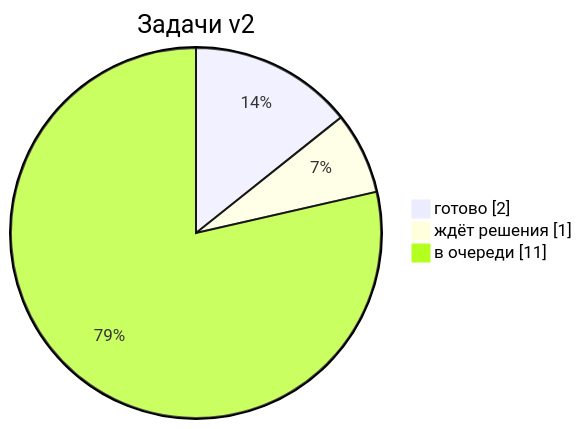
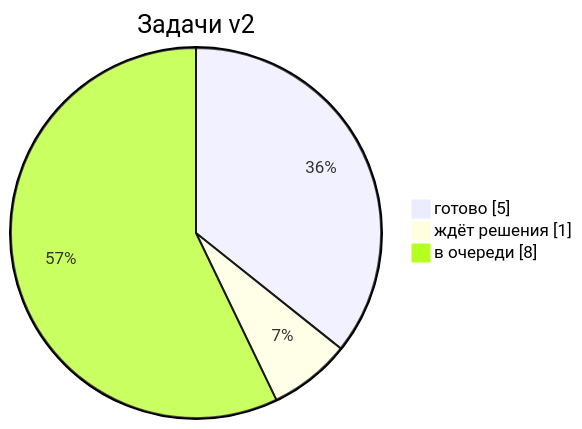
Before and after one commit to f513/IELTS-tutor: the diagram in 00 Дашборд.md, drawn with Mermaid. The commit also changed other lines of this file and 8 other files, not shown here.

````diff
--- a/00 Дашборд.md
+++ b/00 Дашборд.md
@@ -19,6 +19,6 @@
 ```mermaid
 pie showData title Задачи v2
-  "готово" : 2
+  "готово" : 5
   "ждёт решения" : 1
-  "в очереди" : 11
+  "в очереди" : 8
 ```
````
